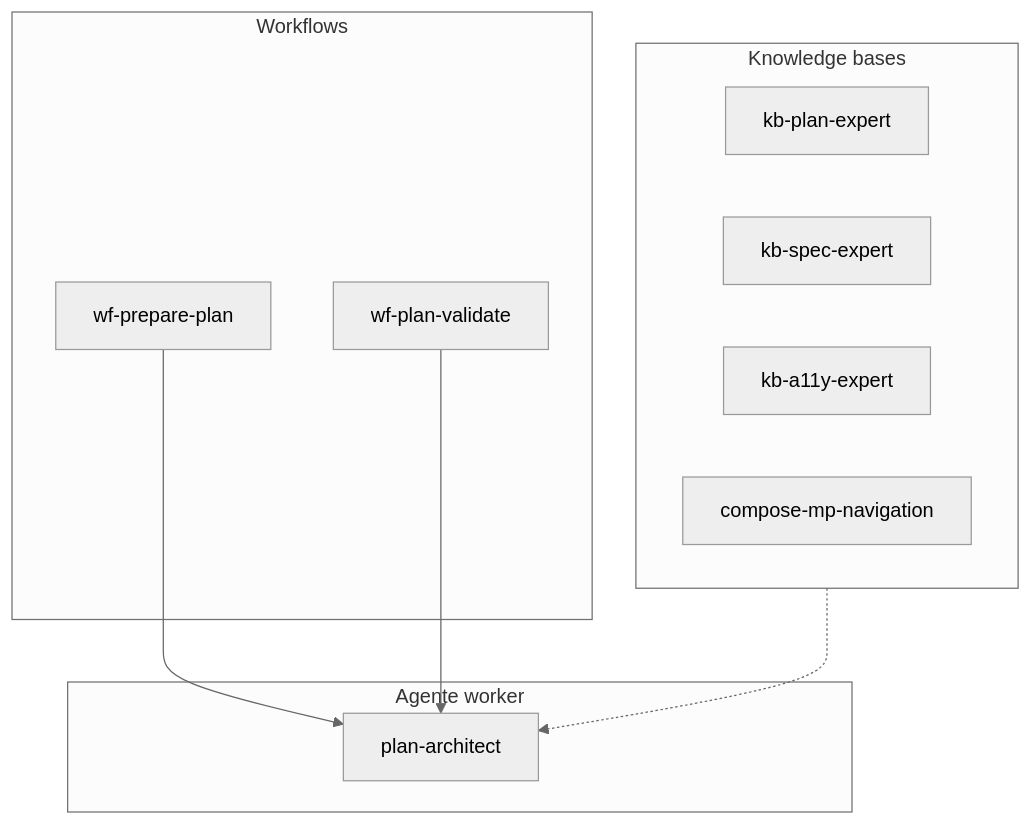
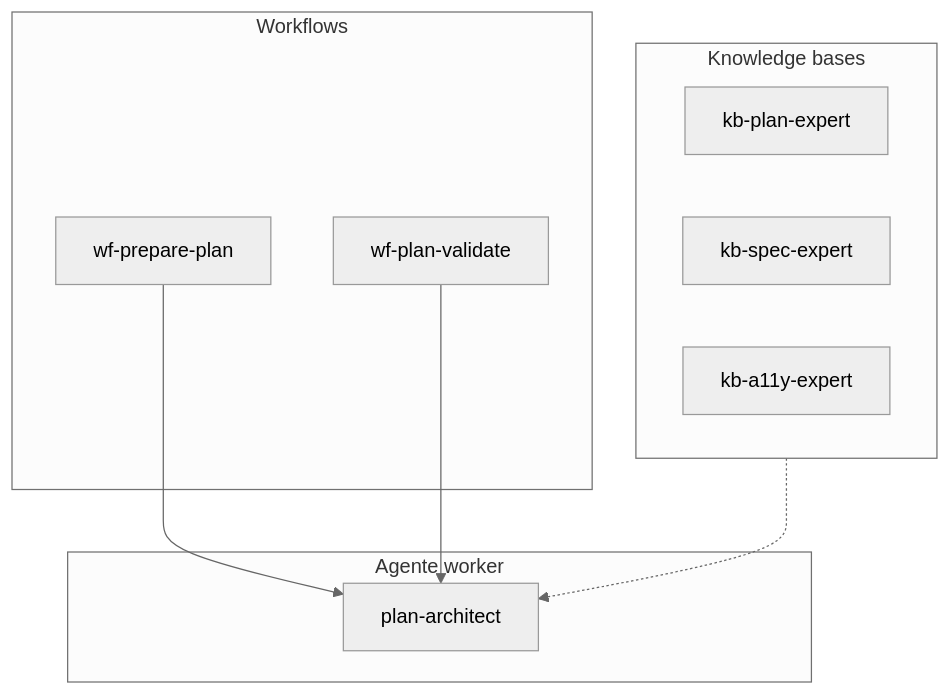
Before and after one commit to OspofeDeveloper/ai-dev-agents-lab: the fourth of 6 diagrams in sdd/plan/DIAGRAMS.md, drawn with Mermaid (neutral theme). The commit also changed 126 other files, not shown here.

````diff
--- a/sdd/plan/DIAGRAMS.md
+++ b/sdd/plan/DIAGRAMS.md
@@ -115,22 +115,21 @@
 ```mermaid
 flowchart TB
     subgraph L1["Workflows"]
         W1["wf-prepare-plan"]
         W2["wf-plan-validate"]
     end
 
     subgraph L2["Agente worker"]
         A1["plan-architect"]
     end
 
     subgraph L3["Knowledge bases"]
         K1["kb-plan-expert"]
         K2["kb-spec-expert"]
         K3["kb-a11y-expert"]
-        K4["compose-mp-navigation"]
     end
 
     W1 --> A1
     W2 --> A1
     L3 -.-> A1
 ```
````
